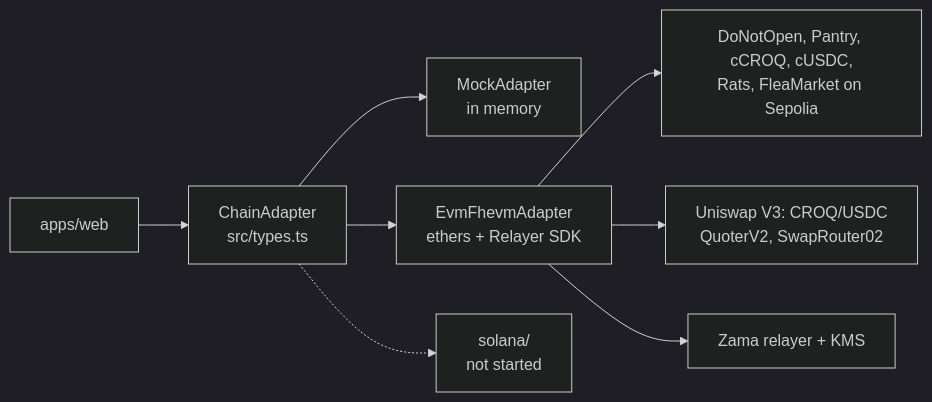
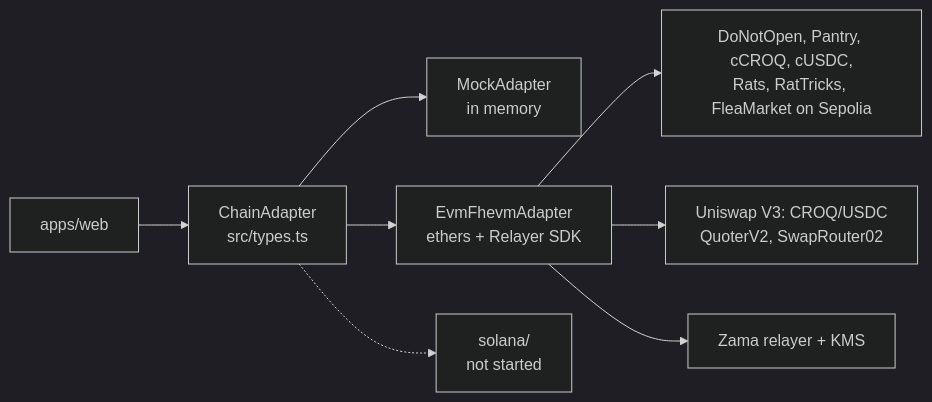
Before and after one commit to jecombe/do_not_open: the first of 2 diagrams in packages/chain-adapter/README.md, drawn with Mermaid (dark theme). The commit also changed other lines of this file and 99 other files, not shown here.

Commit message:
Give every rat a secret power that sniffs cheaper or shields and jams boxes, and redeploy the game on Sepolia with a fresh economy

````diff
--- a/packages/chain-adapter/README.md
+++ b/packages/chain-adapter/README.md
@@ -6,10 +6,10 @@
 ```mermaid
 flowchart LR
   web["apps/web"] --> iface["ChainAdapter<br/>src/types.ts"]
   iface --> mock["MockAdapter<br/>in memory"]
   iface --> evm["EvmFhevmAdapter<br/>ethers + Relayer SDK"]
   iface -.-> sol["solana/<br/>not started"]
-  evm --> contract["DoNotOpen, Pantry, cCROQ, cUSDC,<br/>Rats, FleaMarket on Sepolia"]
+  evm --> contract["DoNotOpen, Pantry, cCROQ, cUSDC,<br/>Rats, RatTricks, FleaMarket on Sepolia"]
   evm --> market["Uniswap V3: CROQ/USDC<br/>QuoterV2, SwapRouter02"]
   evm --> relayer["Zama relayer + KMS"]
 ```
````
